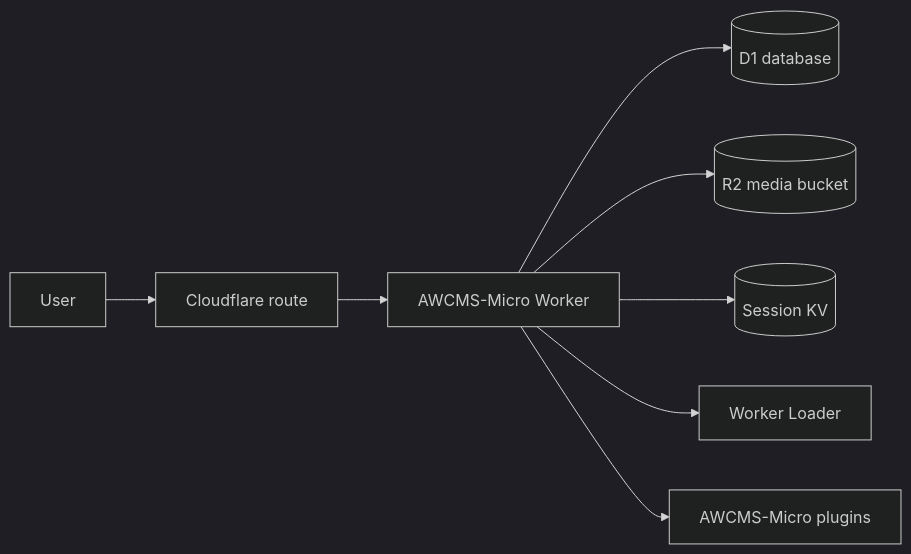
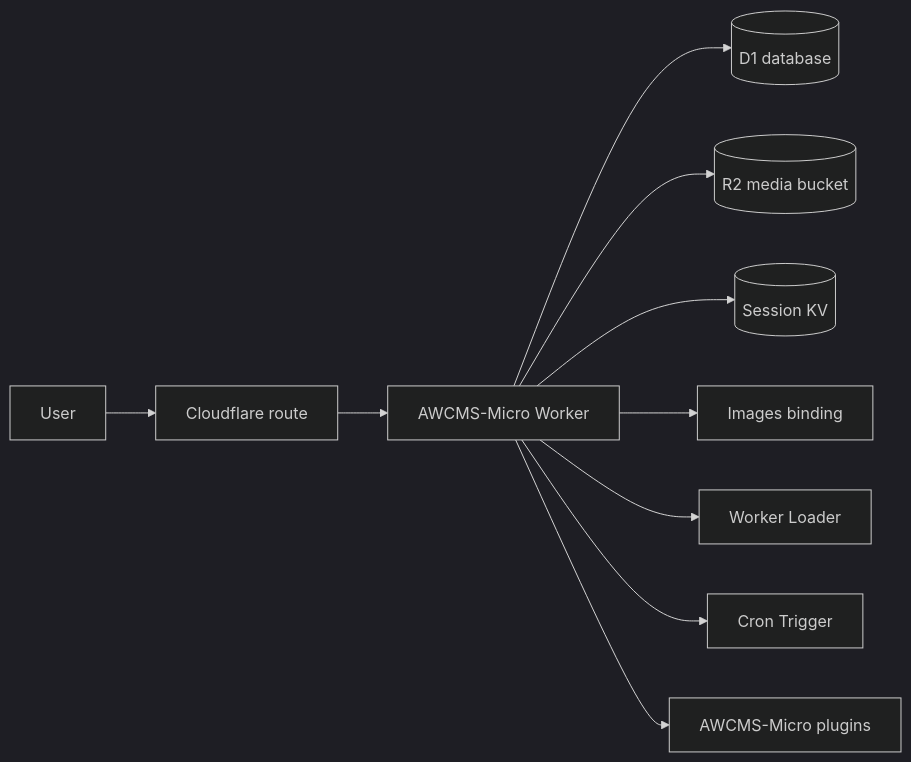
One commit to ahliweb/awcms-micro changed the first of 3 diagrams in docs/deployment/cloudflare.md. Above: the diagram before and after it, drawn with Mermaid (dark theme). The commit also changed other lines of this file and 9 other files, not shown here.

Commit message:
feat: update documentation and version for EmDash 0.26.0 sync; record Cloudflare architecture decisions and migration verification

````diff
--- a/docs/deployment/cloudflare.md
+++ b/docs/deployment/cloudflare.md
@@ -35,10 +37,12 @@
 ```mermaid
 flowchart LR
   User[User] --> Route[Cloudflare route]
   Route --> Worker[AWCMS-Micro Worker]
   Worker --> D1[(D1 database)]
   Worker --> R2[(R2 media bucket)]
-  Worker --> KV[(Session KV)]
+  Worker --> SessionKV[(Session KV)]
+  Worker --> Images[Images binding]
   Worker --> Loader[Worker Loader]
+  Worker --> Cron[Cron Trigger]
   Worker --> Plugins[AWCMS-Micro plugins]
 ```
````
